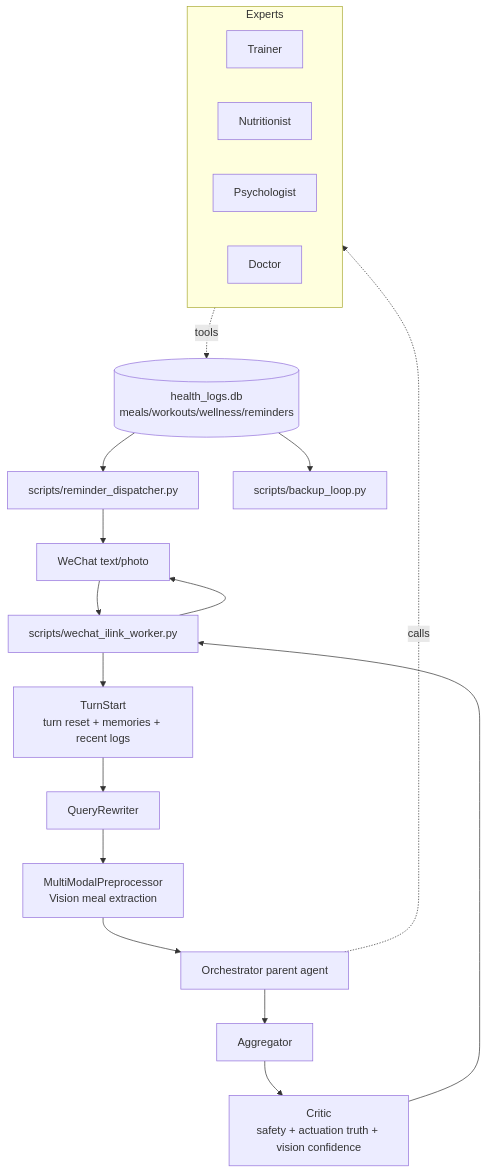
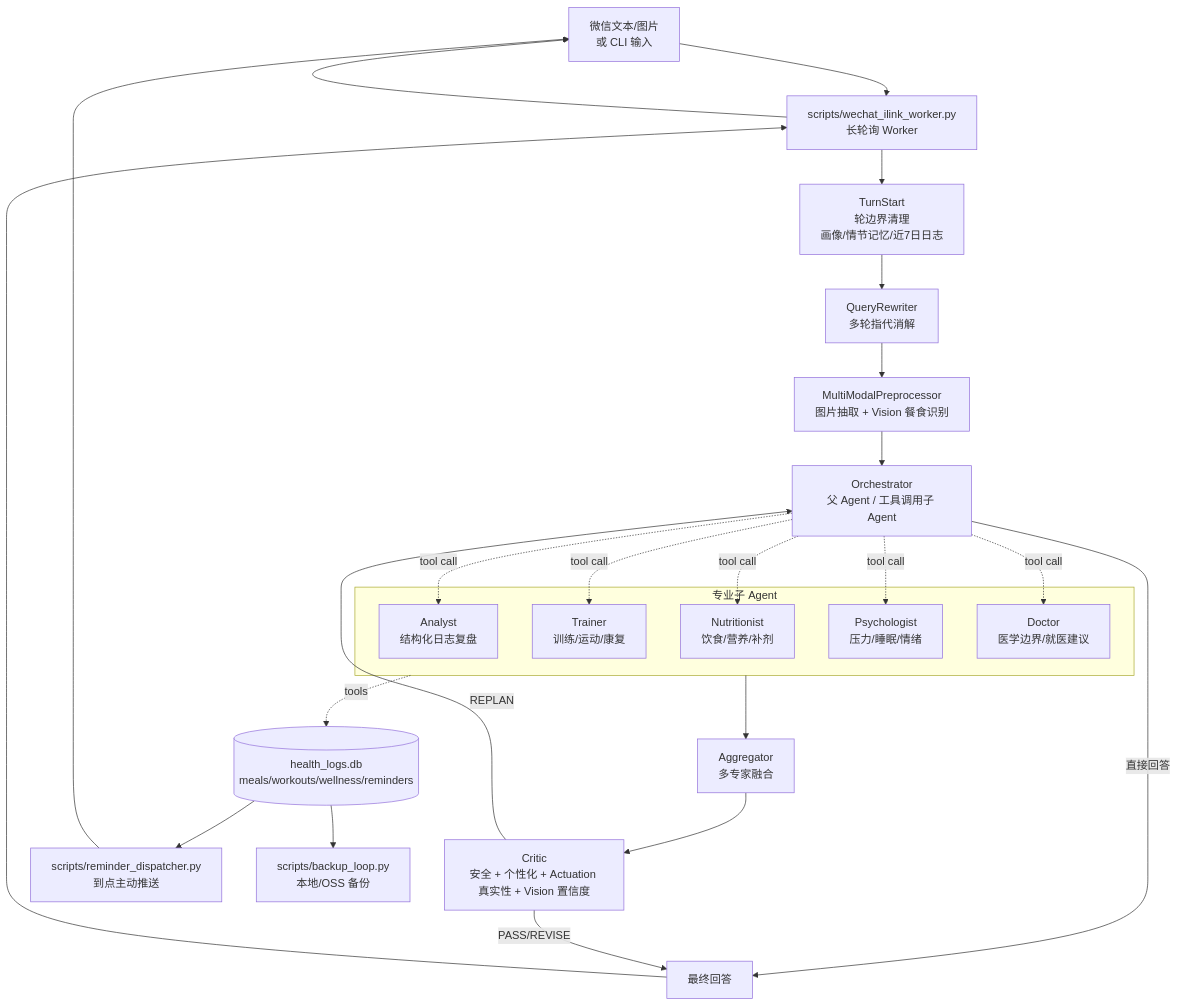
Before and after one commit to MichaelSou1/wellness-copilot: the diagram in README.md, drawn with Mermaid. The commit also changed other lines of this file, not shown here.

````diff
--- a/README.md
+++ b/README.md
@@ -14,26 +46,35 @@
 ```mermaid
 flowchart TD
-    WX[WeChat text/photo] --> Worker[scripts/wechat_ilink_worker.py]
-    Worker --> TS[TurnStart<br/>turn reset + memories + recent logs]
-    TS --> QR[QueryRewriter]
-    QR --> MMP[MultiModalPreprocessor<br/>Vision meal extraction]
-    MMP --> Orc[Orchestrator parent agent]
+    WX[微信文本/图片<br/>或 CLI 输入] --> Worker[scripts/wechat_ilink_worker.py<br/>长轮询 Worker]
+    Worker --> TS[TurnStart<br/>轮边界清理<br/>画像/情节记忆/近7日日志]
+    TS --> QR[QueryRewriter<br/>多轮指代消解]
+    QR --> MMP[MultiModalPreprocessor<br/>图片抽取 + Vision 餐食识别]
+    MMP --> ORC[Orchestrator<br/>父 Agent / 工具调用子 Agent]
 
-    subgraph Experts
-      Trainer[Trainer]
-      Nutritionist[Nutritionist]
-      Psychologist[Psychologist]
-      Doctor[Doctor]
+    subgraph ChildAgents[专业子 Agent]
+      ANA[Analyst<br/>结构化日志复盘]
+      TR[Trainer<br/>训练/运动/康复]
+      NU[Nutritionist<br/>饮食/营养/补剂]
+      PS[Psychologist<br/>压力/睡眠/情绪]
+      DR[Doctor<br/>医学边界/就医建议]
     end
 
-    Orc -. calls .-> Experts
-    Experts -. tools .-> Logs[(health_logs.db<br/>meals/workouts/wellness/reminders)]
-    Orc --> Agg[Aggregator]
-    Agg --> Critic[Critic<br/>safety + actuation truth + vision confidence]
-    Critic --> Worker
+    ORC -. tool call .-> ANA
+    ORC -. tool call .-> TR
+    ORC -. tool call .-> NU
+    ORC -. tool call .-> PS
+    ORC -. tool call .-> DR
+
+    ChildAgents --> AGG[Aggregator<br/>多专家融合]
+    AGG --> CR[Critic<br/>安全 + 个性化 + Actuation 真实性 + Vision 置信度]
+    ORC -->|直接回答| END1[最终回答]
+    CR -->|PASS/REVISE| END1
+    CR -->|REPLAN| ORC
+    END1 --> Worker
     Worker --> WX
 
-    Logs --> Dispatcher[scripts/reminder_dispatcher.py]
-    Dispatcher --> WX
-    Logs --> Backup[scripts/backup_loop.py]
+    ChildAgents -. tools .-> Logs[(health_logs.db<br/>meals/workouts/wellness/reminders)]
+    Logs --> DISP[scripts/reminder_dispatcher.py<br/>到点主动推送]
+    DISP --> WX
+    Logs --> BK[scripts/backup_loop.py<br/>本地/OSS 备份]
 ```
````
